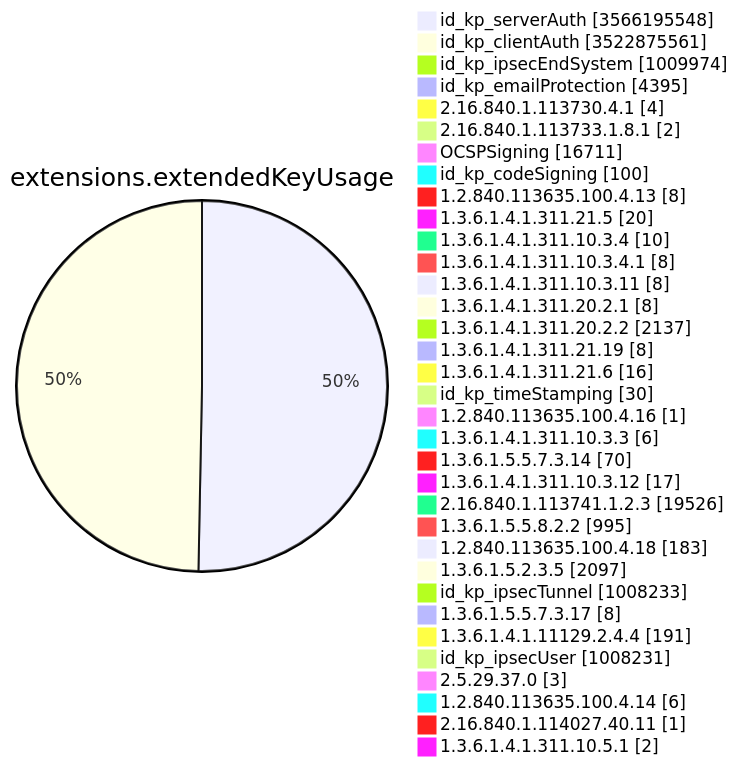
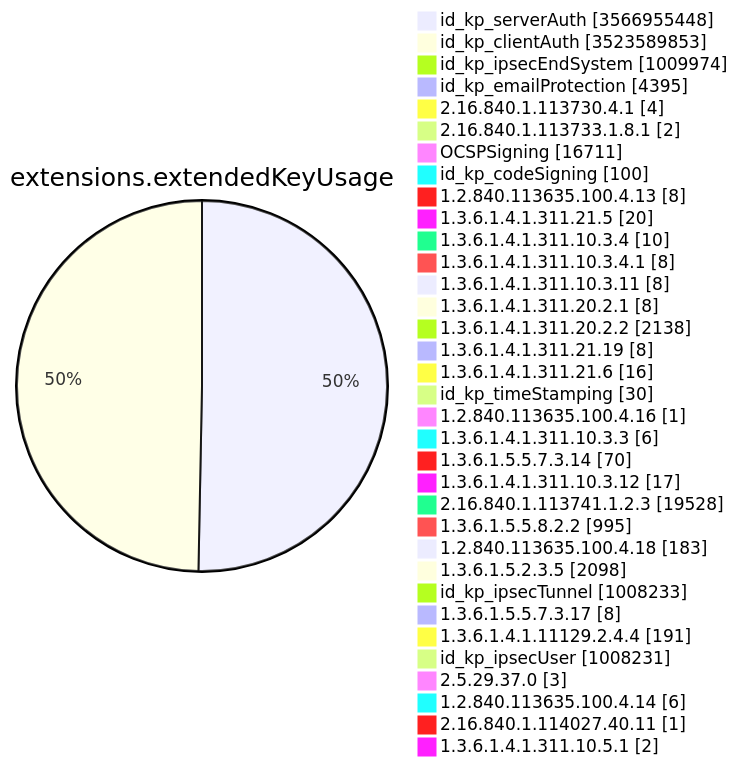
Diagram 11 of 15 in TOTAL/README.md (christiankrug/ctmonitor_visualization), drawn with Mermaid before and after one commit. The commit also changed other lines of this file, not shown here.

````diff
--- a/TOTAL/README.md
+++ b/TOTAL/README.md
@@ -4128,38 +4128,38 @@
 ```mermaid
 pie showData
 title extensions.extendedKeyUsage
-"id_kp_serverAuth" :3566195548
-"id_kp_clientAuth" :3522875561
+"id_kp_serverAuth" :3566955448
+"id_kp_clientAuth" :3523589853
 "id_kp_ipsecEndSystem" :1009974
 "id_kp_emailProtection" :4395
 "2.16.840.1.113730.4.1" :4
 "2.16.840.1.113733.1.8.1" :2
 "OCSPSigning" :16711
 "id_kp_codeSigning" :100
 "1.2.840.113635.100.4.13" :8
 "1.3.6.1.4.1.311.21.5" :20
 "1.3.6.1.4.1.311.10.3.4" :10
 "1.3.6.1.4.1.311.10.3.4.1" :8
 "1.3.6.1.4.1.311.10.3.11" :8
 "1.3.6.1.4.1.311.20.2.1" :8
-"1.3.6.1.4.1.311.20.2.2" :2137
+"1.3.6.1.4.1.311.20.2.2" :2138
 "1.3.6.1.4.1.311.21.19" :8
 "1.3.6.1.4.1.311.21.6" :16
 "id_kp_timeStamping" :30
 "1.2.840.113635.100.4.16" :1
 "1.3.6.1.4.1.311.10.3.3" :6
 "1.3.6.1.5.5.7.3.14" :70
 "1.3.6.1.4.1.311.10.3.12" :17
-"2.16.840.1.113741.1.2.3" :19526
+"2.16.840.1.113741.1.2.3" :19528
 "1.3.6.1.5.5.8.2.2" :995
 "1.2.840.113635.100.4.18" :183
-"1.3.6.1.5.2.3.5" :2097
+"1.3.6.1.5.2.3.5" :2098
 "id_kp_ipsecTunnel" :1008233
 "1.3.6.1.5.5.7.3.17" :8
 "1.3.6.1.4.1.11129.2.4.4" :191
 "id_kp_ipsecUser" :1008231
 "2.5.29.37.0" :3
 "1.2.840.113635.100.4.14" :6
 "2.16.840.1.114027.40.11" :1
 "1.3.6.1.4.1.311.10.5.1" :2
 ```
````
